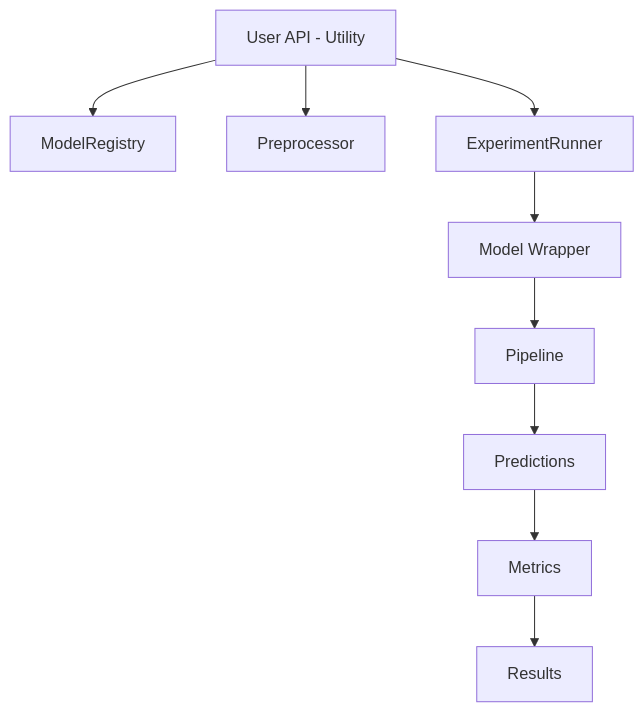
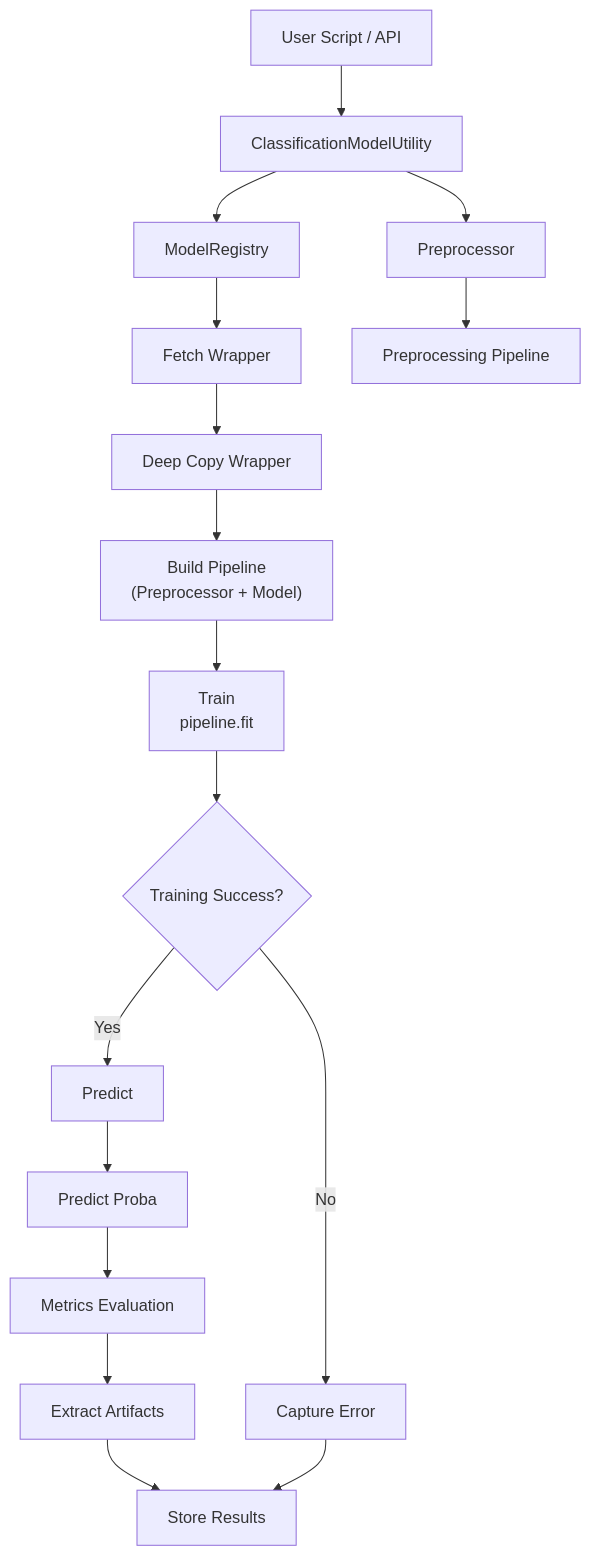
Before and after one commit to abhinavssingh/python-learnings: the second of 6 diagrams in lib/utility/machinelearning/README.md, drawn with Mermaid. The commit also changed other lines of this file and 52 other files, not shown here.

````diff
--- a/lib/utility/machinelearning/README.md
+++ b/lib/utility/machinelearning/README.md
@@ -24,11 +42,32 @@
 ```mermaid
 flowchart TD
-    A[User API - Utility] --> B[ModelRegistry]
-    A --> C[Preprocessor]
-    A --> D[ExperimentRunner]
-    D --> E[Model Wrapper]
-    E --> F[Pipeline]
-    F --> G[Predictions]
-    G --> H[Metrics]
-    H --> I[Results]
+
+    A[User Script / API] --> B[ClassificationModelUtility]
+
+    B --> C[ModelRegistry]
+    B --> D[Preprocessor]
+
+    C --> E[Fetch Wrapper]
+    E --> F[Deep Copy Wrapper]
+
+    D --> G[Preprocessing Pipeline]
+
+    F --> H["Build Pipeline<br/>(Preprocessor + Model)"]
+
+    H --> I["Train<br/>pipeline.fit"]
+
+    I --> J{Training Success?}
+
+    J -->|Yes| K[Predict]
+    J -->|No| Z[Capture Error]
+
+    K --> L[Predict Proba]
+
+    L --> M[Metrics Evaluation]
+
+    M --> N[Extract Artifacts]
+
+    N --> O[Store Results]
+
+    Z --> O
 ```
````
